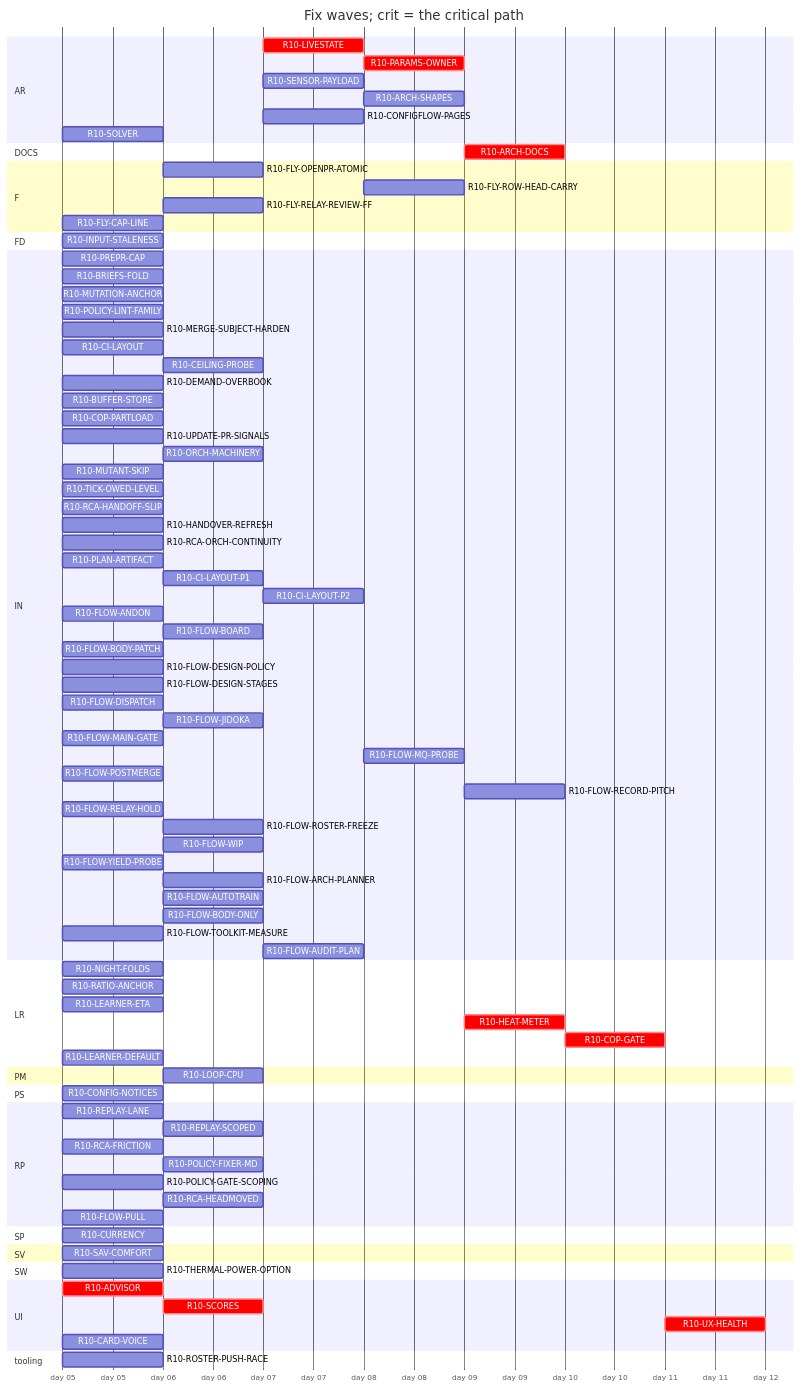
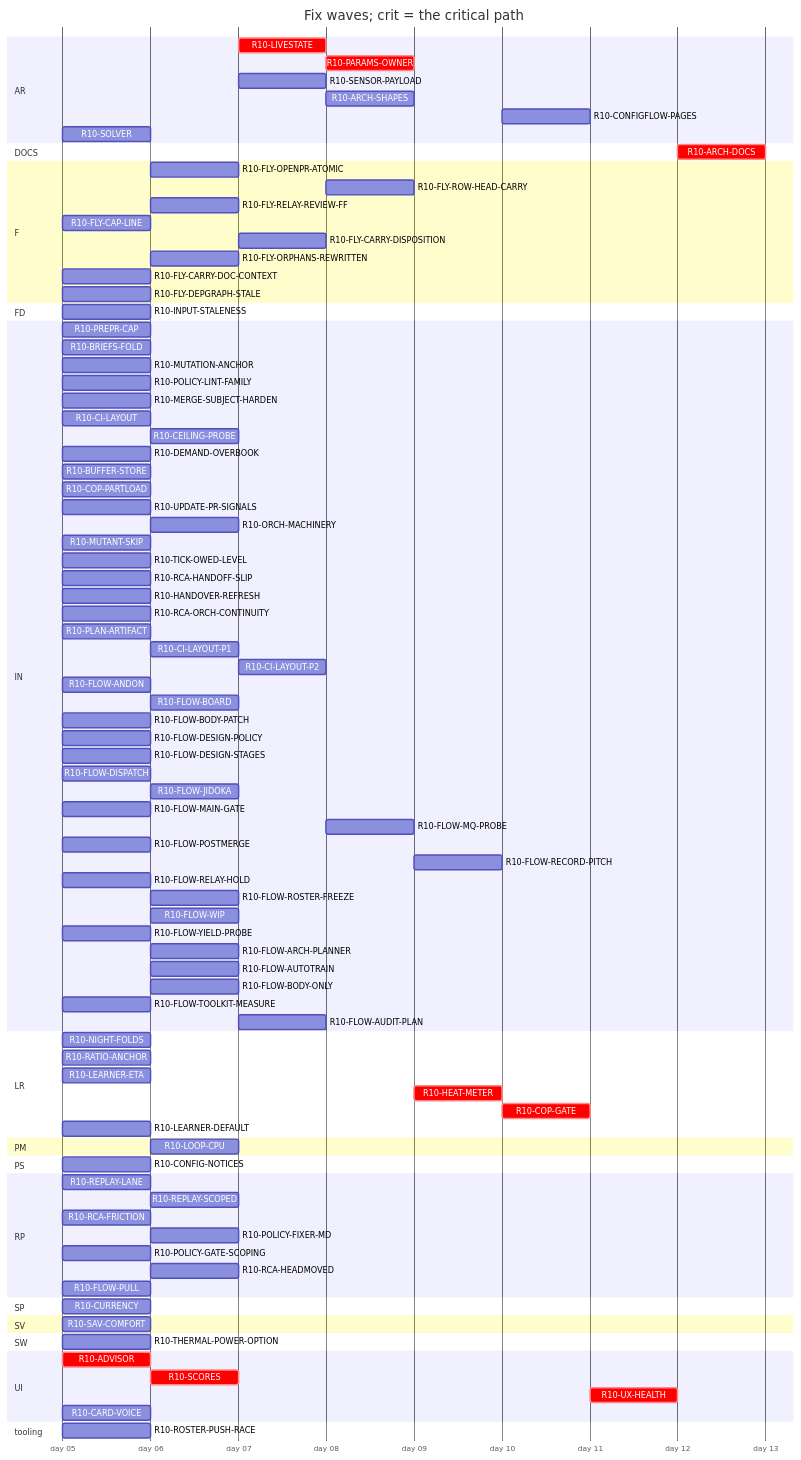
One commit to tvofi/heatpump_optimizer changed the diagram in handoff/round10/state/PLAN-TABLE.md. Above: the diagram before and after it, drawn with Mermaid. The commit also changed other lines of this file and 2 other files, not shown here.

```diff
--- a/handoff/round10/state/PLAN-TABLE.md
+++ b/handoff/round10/state/PLAN-TABLE.md
@@ -43,6 +43,10 @@
     R10-FLY-ROW-HEAD-CARRY :r10FLYROWHEADCARRY, after r10CILAYOUTP2 r10FLYOPENPRATOMIC, 1d
     R10-FLY-RELAY-REVIEW-FF :r10FLYRELAYREVIEWFF, after r10TICKOWEDLEVEL r10FLOWRELAYHOLD r10FLOWANDON r10UPDATEPRSIGNALS, 1d
     R10-FLY-CAP-LINE :r10FLYCAPLINE, 2026-01-05, 1d
+    R10-FLY-CARRY-DISPOSITION :r10FLYCARRYDISPOSITION, after r10FLYORPHANSREWRITTEN, 1d
+    R10-FLY-ORPHANS-REWRITTEN :r10FLYORPHANSREWRITTEN, after r10TICKOWEDLEVEL r10FLOWRELAYHOLD r10UPDATEPRSIGNALS, 1d
+    R10-FLY-CARRY-DOC-CONTEXT :r10FLYCARRYDOCCONTEXT, 2026-01-05, 1d
+    R10-FLY-DEPGRAPH-STALE :r10FLYDEPGRAPHSTALE, 2026-01-05, 1d
   section FD
     R10-INPUT-STALENESS :r10INPUTSTALENESS, 2026-01-05, 1d
   section IN
```
